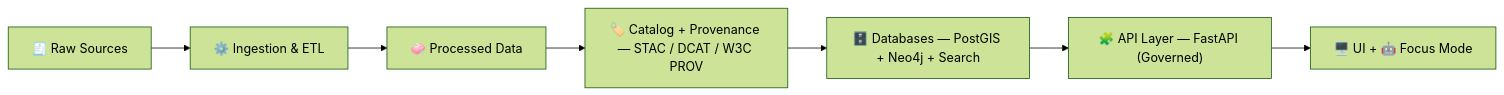
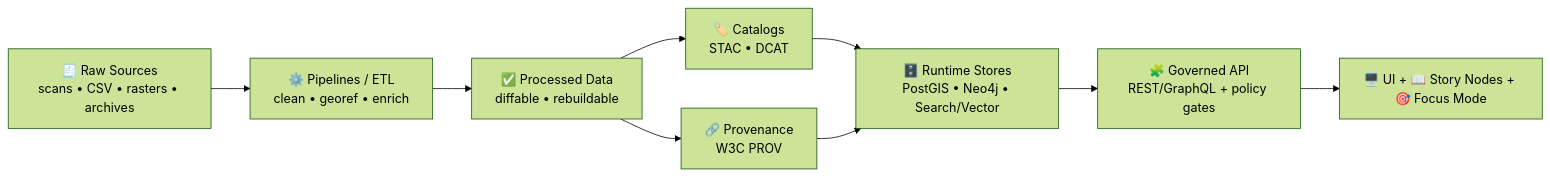
Before and after one commit to bartytime4life/Kansas-Frontier-Matrix: the diagram in docs/README.md, drawn with Mermaid (forest theme). The commit also changed other lines of this file, not shown here.

````diff
--- a/docs/README.md
+++ b/docs/README.md
@@ -52,9 +84,11 @@
 ```mermaid
 flowchart LR
-  A["🧾 Raw Sources"] --> B["⚙️ Ingestion & ETL"]
-  B --> C["🧼 Processed Data"]
-  C --> D["🏷️ Catalog + Provenance — STAC / DCAT / W3C PROV"]
-  D --> E["🗄️ Databases — PostGIS + Neo4j + Search"]
-  E --> F["🧩 API Layer — FastAPI (Governed)"]
-  F --> G["🖥️ UI + 🤖 Focus Mode"]
+  A["🧾 Raw Sources<br/>scans • CSV • rasters • archives"] --> B["⚙️ Pipelines / ETL<br/>clean • georef • enrich"]
+  B --> C["✅ Processed Data<br/>diffable • rebuildable"]
+  C --> D["🏷️ Catalogs<br/>STAC • DCAT"]
+  C --> E["🔗 Provenance<br/>W3C PROV"]
+  D --> F["🗄️ Runtime Stores<br/>PostGIS • Neo4j • Search/Vector"]
+  E --> F
+  F --> G["🧩 Governed API<br/>REST/GraphQL + policy gates"]
+  G --> H["🖥️ UI + 📖 Story Nodes + 🎯 Focus Mode"]
 ```
````
